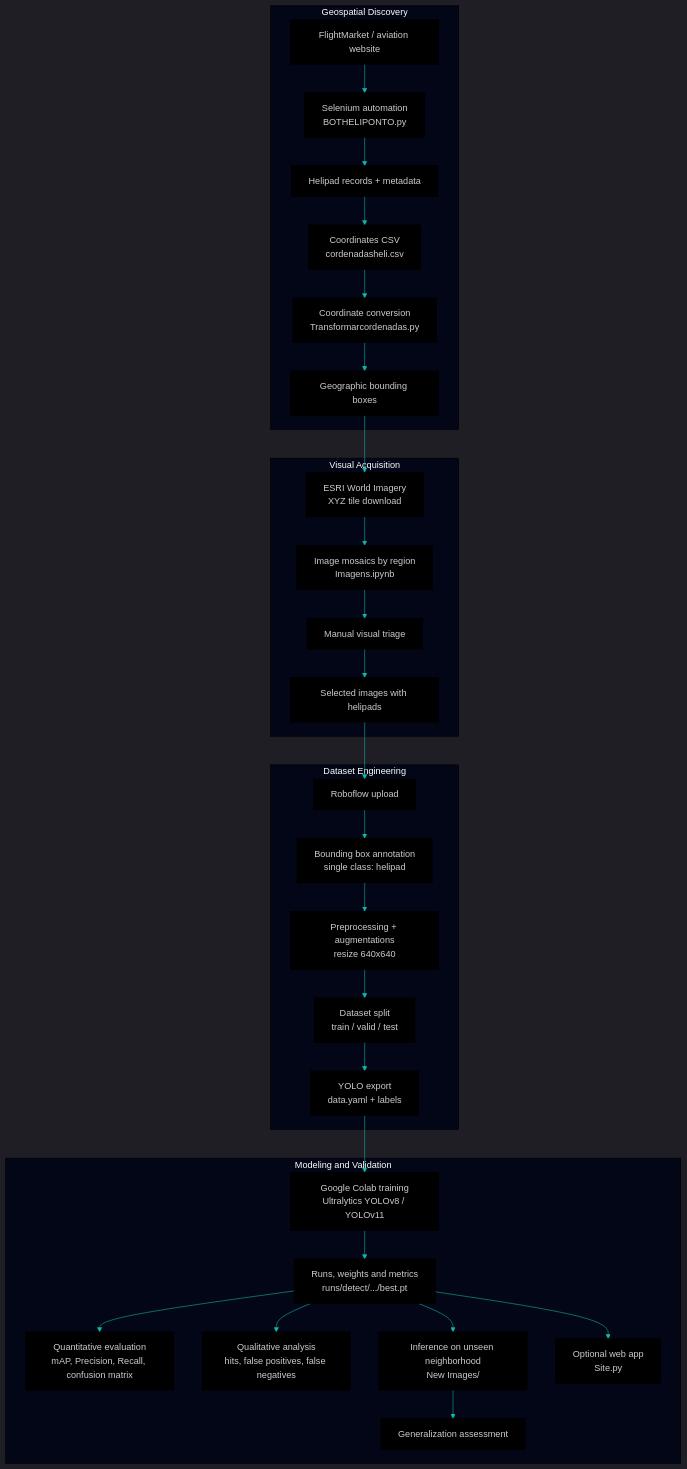
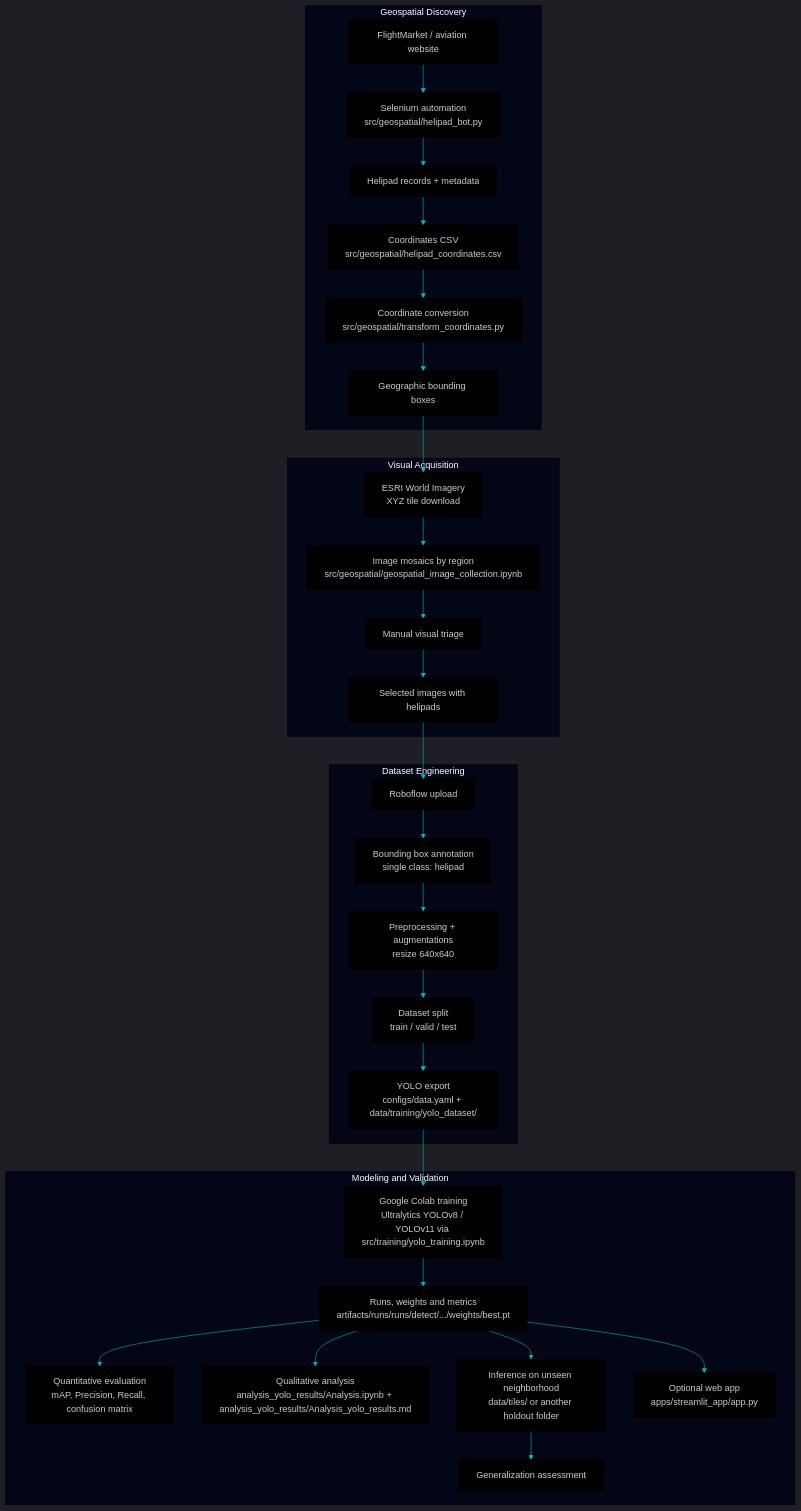
One commit to Mindful-AI-Research/3-project-ai-ml-yolo-helipad_detector changed the diagram in docs/MLOps-Architecture.md. Above: the diagram before and after it, drawn with Mermaid. The commit also changed other lines of this file and 1209 other files, not shown here.

```diff
--- a/docs/MLOps-Architecture.md
+++ b/docs/MLOps-Architecture.md
@@ -30,27 +29,27 @@
 
 flowchart TD
 
-    A["FlightMarket / aviation website"] --> B["Selenium automation<br/>BOTHELIPONTO.py"]
+    A["FlightMarket / aviation website"] --> B["Selenium automation<br/>src/geospatial/helipad_bot.py"]
     B --> C["Helipad records + metadata"]
-    C --> D["Coordinates CSV<br/>cordenadasheli.csv"]
-    D --> E["Coordinate conversion<br/>Transformarcordenadas.py"]
+    C --> D["Coordinates CSV<br/>src/geospatial/helipad_coordinates.csv"]
+    D --> E["Coordinate conversion<br/>src/geospatial/transform_coordinates.py"]
     E --> F["Geographic bounding boxes"]
     F --> G["ESRI World Imagery<br/>XYZ tile download"]
-    G --> H["Image mosaics by region<br/>Imagens.ipynb"]
+    G --> H["Image mosaics by region<br/>src/geospatial/geospatial_image_collection.ipynb"]
     H --> I["Manual visual triage"]
     I --> J["Selected images with helipads"]
     J --> K["Roboflow upload"]
     K --> L["Bounding box annotation<br/>single class: helipad"]
     L --> M["Preprocessing + augmentations<br/>resize 640x640"]
     M --> N["Dataset split<br/>train / valid / test"]
-    N --> O["YOLO export<br/>data.yaml + labels"]
-    O --> P["Google Colab training<br/>Ultralytics YOLOv8 / YOLOv11"]
-    P --> Q["Runs, weights and metrics<br/>runs/detect/.../best.pt"]
+    N --> O["YOLO export<br/>configs/data.yaml + data/training/yolo_dataset/"]
+    O --> P["Google Colab training<br/>Ultralytics YOLOv8 / YOLOv11 via src/training/yolo_training.ipynb"]
+    P --> Q["Runs, weights and metrics<br/>artifacts/runs/runs/detect/.../weights/best.pt"]
     Q --> R["Quantitative evaluation<br/>mAP, Precision, Recall, confusion matrix"]
-    Q --> S["Qualitative analysis<br/>hits, false positives, false negatives"]
-    Q --> T["Inference on unseen neighborhood<br/>New Images/"]
+    Q --> S["Qualitative analysis<br/>analysis_yolo_results/Analysis.ipynb + analysis_yolo_results/Analysis_yolo_results.md"]
+    Q --> T["Inference on unseen neighborhood<br/>data/tiles/ or another holdout folder"]
     T --> U["Generalization assessment"]
-    Q --> V["Optional web app<br/>Site.py"]
+    Q --> V["Optional web app<br/>apps/streamlit_app/app.py"]
 
     subgraph G1["Geospatial Discovery"]
       A
```
